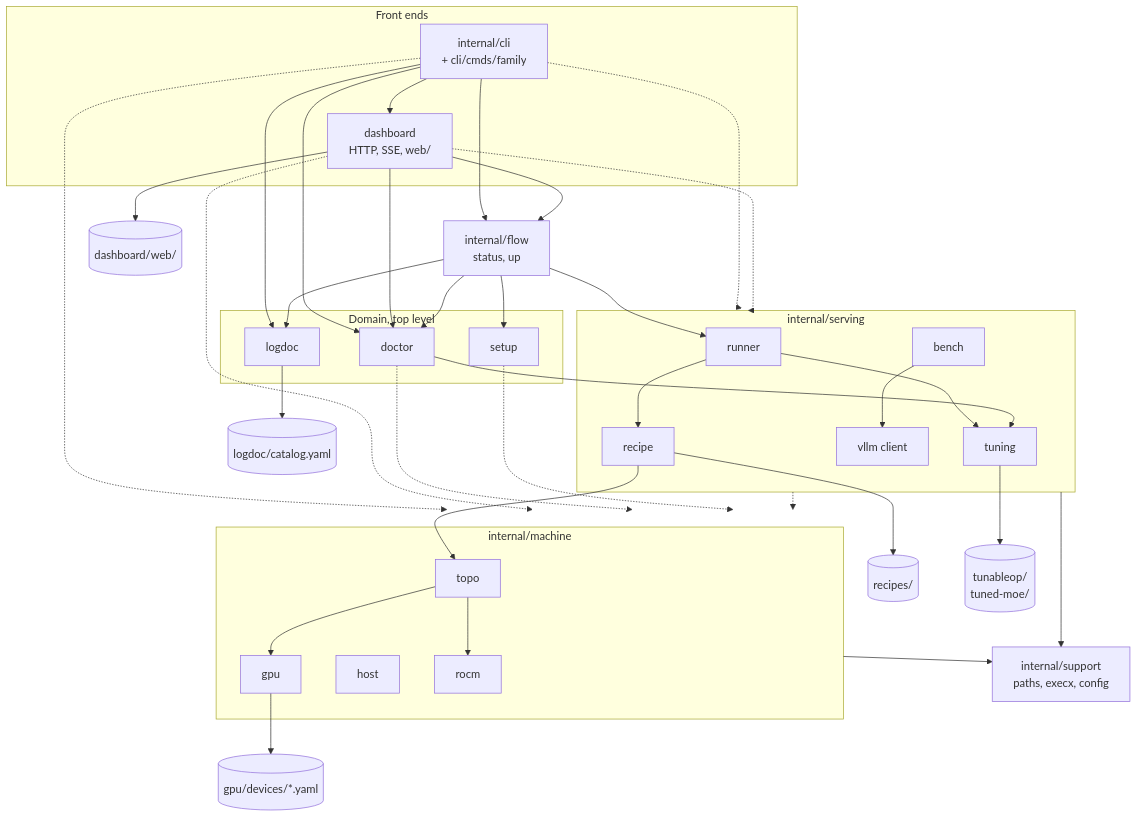
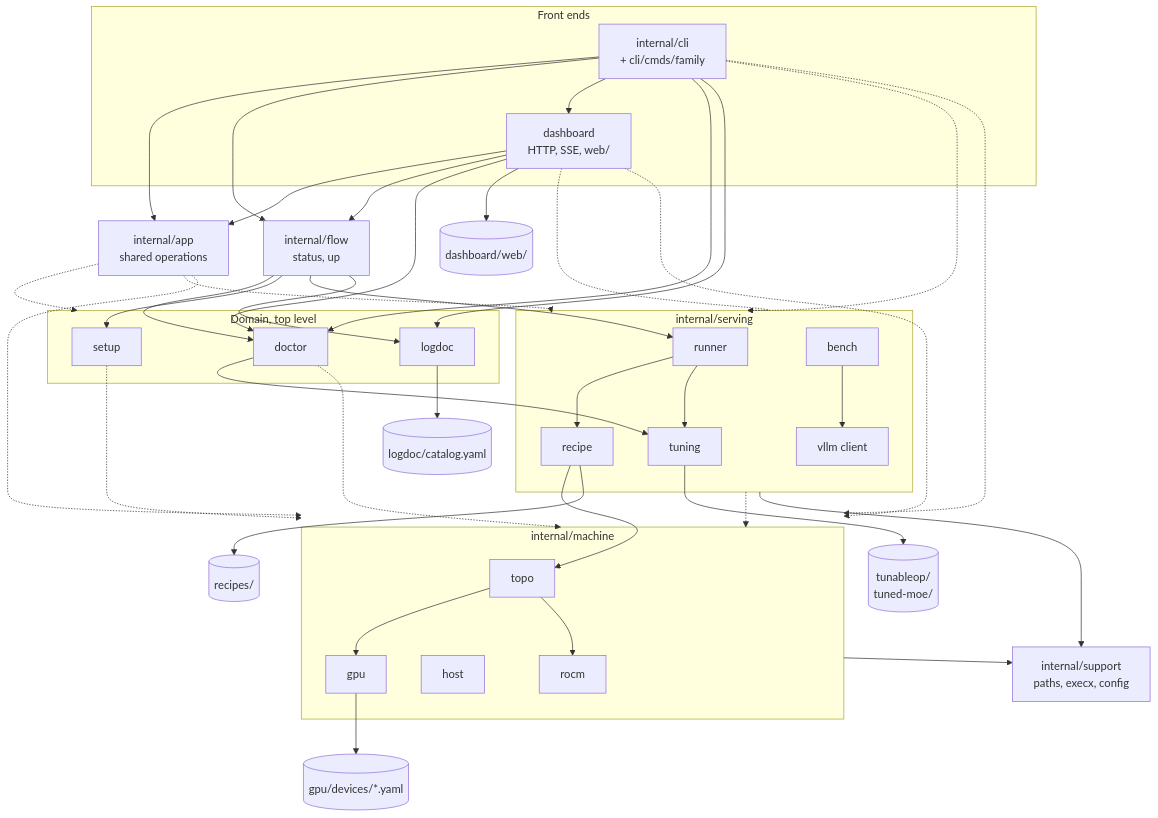
The first of 6 diagrams in docs/architecture.md (opengfx1030/bernie), drawn with Mermaid before and after one commit. The commit also changed other lines of this file and 20 other files, not shown here.

First line of the commit message:
app: share hw, topo, doctor, recipe list, tune, setup and bench between the CLI and the dashboard

````diff
--- a/docs/architecture.md
+++ b/docs/architecture.md
@@ -20,63 +20,69 @@
 ```mermaid
 flowchart TB
   subgraph front["Front ends"]
     CLI["internal/cli<br/>+ cli/cmds/family"]
     DASH["dashboard<br/>HTTP, SSE, web/"]
   end
+  APP["internal/app<br/>shared operations"]
   FLOW["internal/flow<br/>status, up"]
   subgraph top["Domain, top level"]
     DOC["doctor"]
     SET["setup"]
     LOG["logdoc"]
   end
   subgraph serving["internal/serving"]
     RUN["runner"]
     REC["recipe"]
     TUN["tuning"]
     BEN["bench"]
     VLLM["vllm client"]
   end
   subgraph machine["internal/machine"]
     TOPO["topo"]
     GPU["gpu"]
     HOST["host"]
     ROCM["rocm"]
   end
   SUP["internal/support<br/>paths, execx, config"]
   D1[("gpu/devices/*.yaml")]
   D2[("recipes/")]
   D3[("tunableop/<br/>tuned-moe/")]
   D4[("logdoc/catalog.yaml")]
   D5[("dashboard/web/")]
+  CLI --> APP
+  DASH --> APP
+  APP -.-> top
+  APP -.-> serving
+  APP -.-> machine
   CLI --> FLOW
   CLI --> DASH
   CLI --> DOC
   DASH --> FLOW
   CLI --> LOG
   DASH --> DOC
   FLOW --> DOC
   FLOW --> SET
   FLOW --> RUN
   FLOW --> LOG
   RUN --> REC
   RUN --> TUN
   REC --> TOPO
   DOC --> TUN
   TOPO --> GPU
   TOPO --> ROCM
   BEN --> VLLM
   CLI -.-> serving
   DASH -.-> serving
   CLI -.-> machine
   DASH -.-> machine
   DOC -.-> machine
   SET -.-> machine
   serving -.-> machine
   machine --> SUP
   serving --> SUP
   GPU --> D1
   REC --> D2
   TUN --> D3
   LOG --> D4
   DASH --> D5
 ```
````
